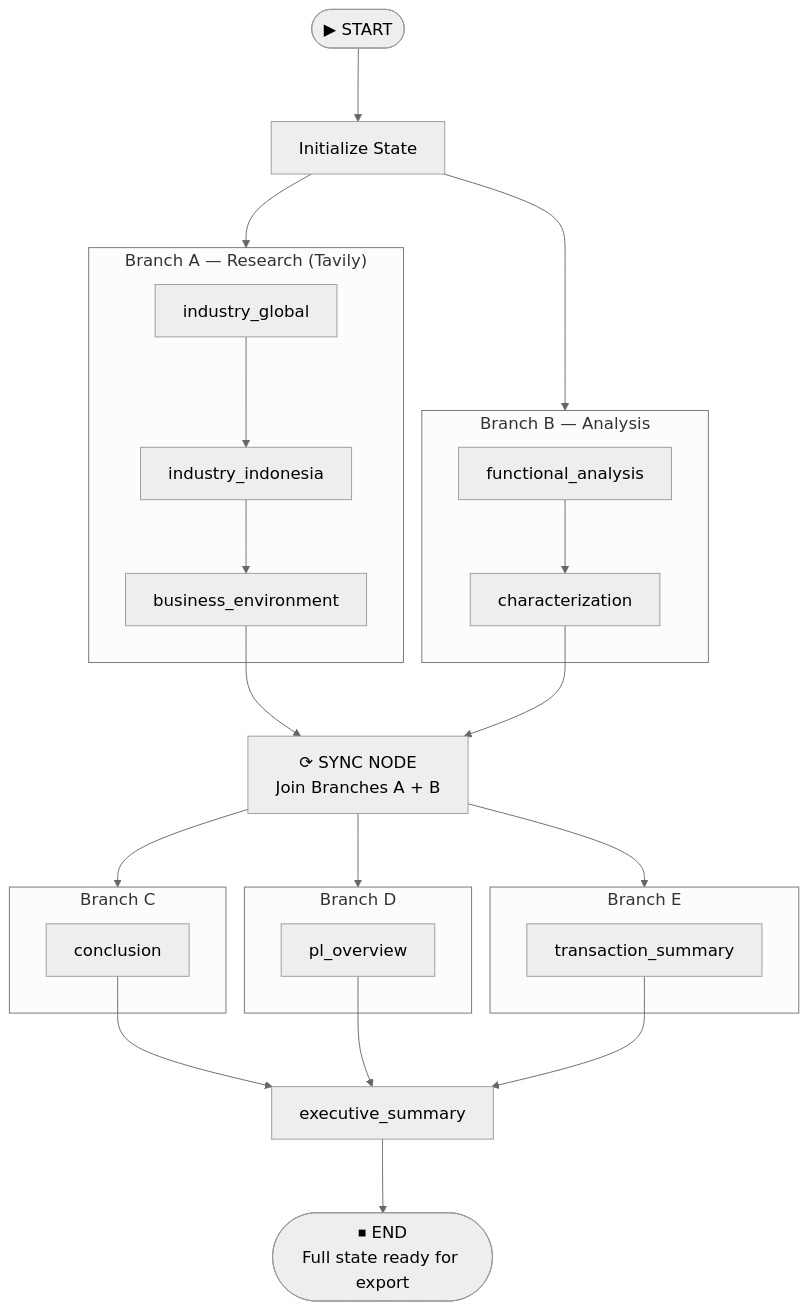
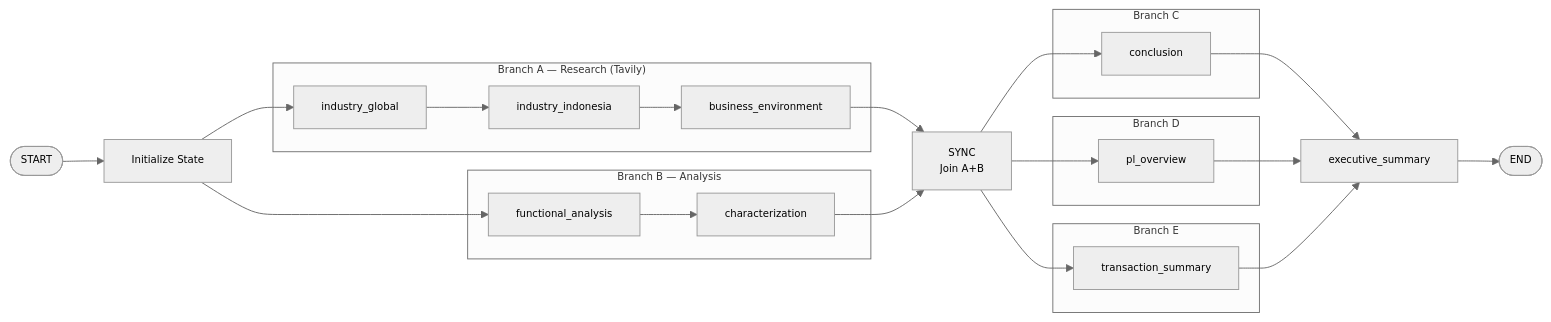
The fifth of 6 diagrams in README.md (msyafach/tp_doc_ai_agent_revised), drawn with Mermaid before and after one commit. The commit also changed other lines of this file, not shown here.

First line of the commit message:
docs: compact AI Pipeline and Auth diagrams to fit A3 page

````diff
--- a/README.md
+++ b/README.md
@@ -531,37 +529,33 @@
 ```mermaid
-%%{init: {"theme": "neutral", "themeVariables": {"fontSize": "18px"}, "flowchart": {"nodeSpacing": 60, "rankSpacing": 80}}}%%
-graph TD
-    START([▶ START]) --> INIT[Initialize State]
-    INIT --> BA & BB
+%%{init: {"theme": "neutral", "themeVariables": {"fontSize": "11px"}, "flowchart": {"nodeSpacing": 30, "rankSpacing": 45}}}%%
+graph LR
+    START([START]) --> INIT[Initialize State]
+    INIT --> A1 & B1
 
     subgraph BA["Branch A — Research (Tavily)"]
         A1[industry_global] --> A2[industry_indonesia] --> A3[business_environment]
     end
 
     subgraph BB["Branch B — Analysis"]
         B1[functional_analysis] --> B2[characterization]
     end
 
     A3 --> SYNC
     B2 --> SYNC
-
-    SYNC["⟳ SYNC NODE<br/>Join Branches A + B"] --> BC & BD & BE
+    SYNC["SYNC<br/>Join A+B"] --> C1 & D1 & E1
 
     subgraph BC["Branch C"]
         C1[conclusion]
     end
-
     subgraph BD["Branch D"]
         D1[pl_overview]
     end
-
     subgraph BE["Branch E"]
         E1[transaction_summary]
     end
 
     C1 --> FINAL
     D1 --> FINAL
     E1 --> FINAL
-
-    FINAL[executive_summary] --> END([⏹ END<br/>Full state ready for export])
+    FINAL[executive_summary] --> END([END])
 ```
````
